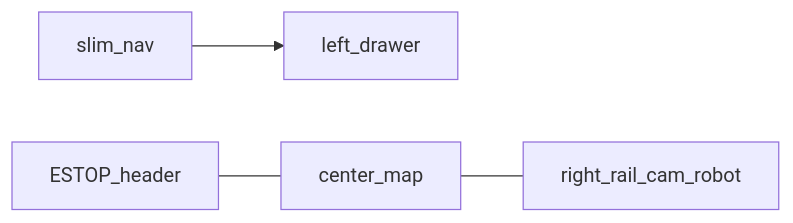
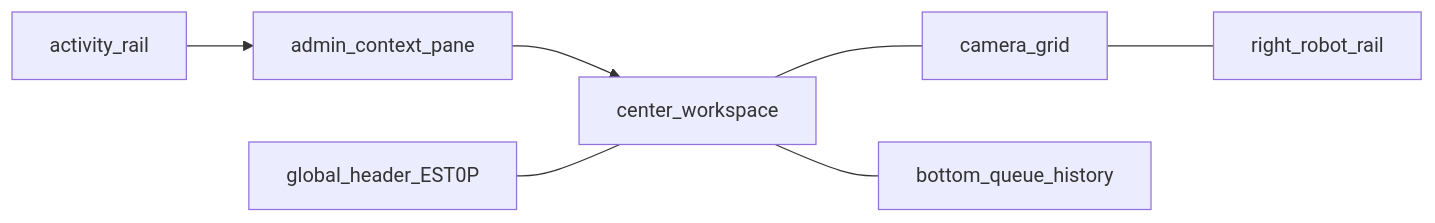
The second of 4 diagrams in main_server/docs/UX.md (eduwing-robotics/ros2-ai-amr-repo3), drawn with Mermaid before and after one commit. The commit also changed other lines of this file and 60 other files, not shown here.

````diff
--- a/main_server/docs/UX.md
+++ b/main_server/docs/UX.md
@@ -95,6 +118,9 @@
 ```mermaid
 flowchart LR
-  Nav[slim_nav] --> Drawer[left_drawer]
-  Map[center_map] --- Rail[right_rail_cam_robot]
-  Header[ESTOP_header] --- Map
+  Activity[activity_rail] --> Context[admin_context_pane]
+  Context --> Workspace[center_workspace]
+  Workspace --- Camera[camera_grid]
+  Workspace --- Dock[bottom_queue_history]
+  Camera --- Robots[right_robot_rail]
+  Header[global_header_EST0P] --- Workspace
 ```
````
